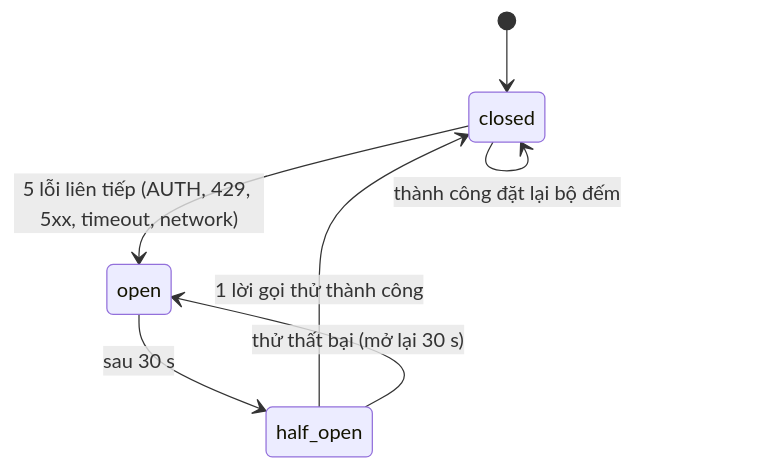
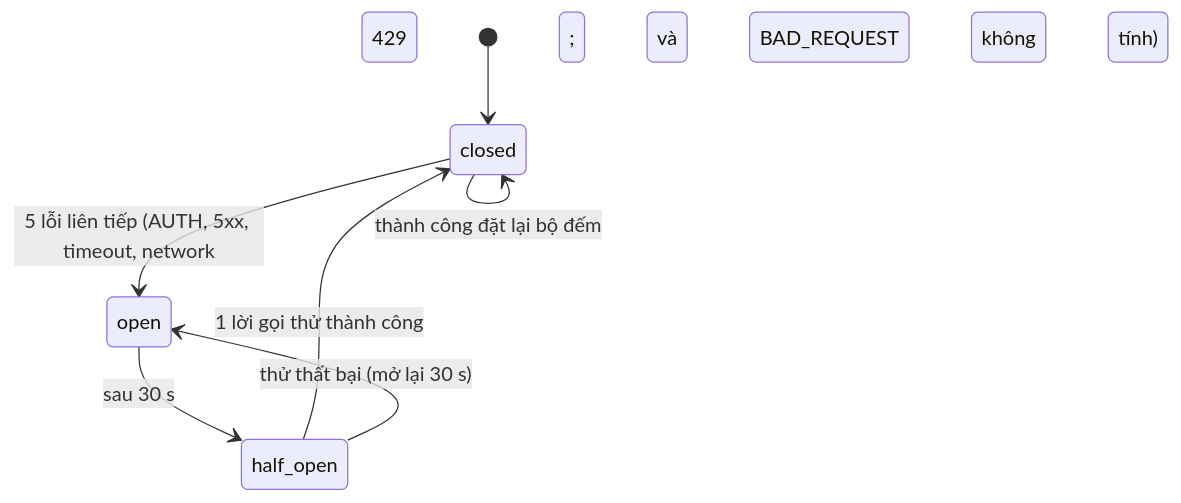
Before and after one commit to kagamikuro1024/EduPilot-v2: the second of 3 diagrams in docs/specs/FEAT-llm-gateway/SRS.md, drawn with Mermaid. The commit also changed other lines of this file and 2 other files, not shown here.

Commit message:
11: BA P-11-108: llm-gateway 429 không tính mạch; 400 model lạ không chuyển nhà; hạn Test kết nối 30 s

````diff
--- a/docs/specs/FEAT-llm-gateway/SRS.md
+++ b/docs/specs/FEAT-llm-gateway/SRS.md
@@ -71,9 +71,9 @@
 ```mermaid
 stateDiagram-v2
   [*] --> closed
-  closed --> open: 5 lỗi liên tiếp (AUTH, 429, 5xx, timeout, network)
+  closed --> open: 5 lỗi liên tiếp (AUTH, 5xx, timeout, network; 429 và BAD_REQUEST không tính)
   open --> half_open: sau 30 s
   half_open --> closed: 1 lời gọi thử thành công
   half_open --> open: thử thất bại (mở lại 30 s)
   closed --> closed: thành công đặt lại bộ đếm
 ```
````
